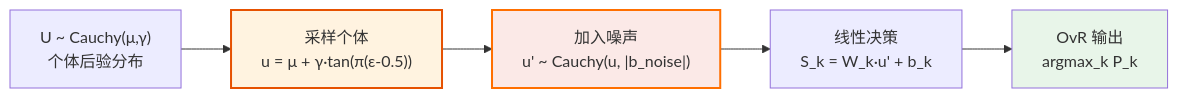
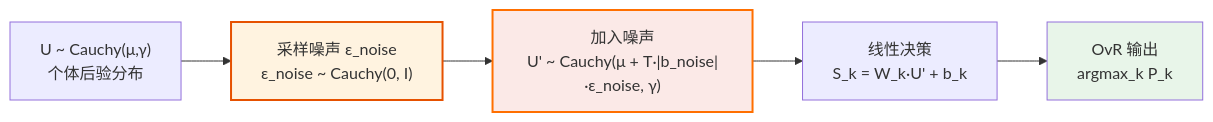
Before and after one commit to 1587causalai/CausalQwen: the eighth of 15 diagrams in design-docs/causal_qwen.md, drawn with Mermaid. The commit also changed other lines of this file and 2 other files, not shown here.

````diff
--- a/design-docs/causal_qwen.md
+++ b/design-docs/causal_qwen.md
@@ -475,11 +445,11 @@
 ```mermaid
 graph LR
-    Dist["U ~ Cauchy(μ,γ)<br>个体后验分布"] --> Sample["采样个体<br>u = μ + γ·tan(π(ε-0.5))"]
-    Sample --> Noise["加入噪声<br>u' ~ Cauchy(u, |b_noise|)"]
-    Noise --> Decision["线性决策<br>S_k = W_k·u' + b_k"]
+    Dist["U ~ Cauchy(μ,γ)<br>个体后验分布"] --> Sample["采样噪声 ε_noise<br>ε_noise ~ Cauchy(0, I)"]
+    Sample --> Noise["加入噪声<br>U' ~ Cauchy(μ + T·|b_noise|·ε_noise, γ)"]
+    Noise --> Decision["线性决策<br>S_k = W_k·U' + b_k"]
     Decision --> Output["OvR 输出<br>argmax_k P_k"]
     
     style Sample fill:#fff3e0,stroke:#e65100,stroke-width:2px
     style Noise fill:#fbe9e7,stroke:#ff6f00,stroke-width:2px
     style Output fill:#e8f5e9
 ```
````
